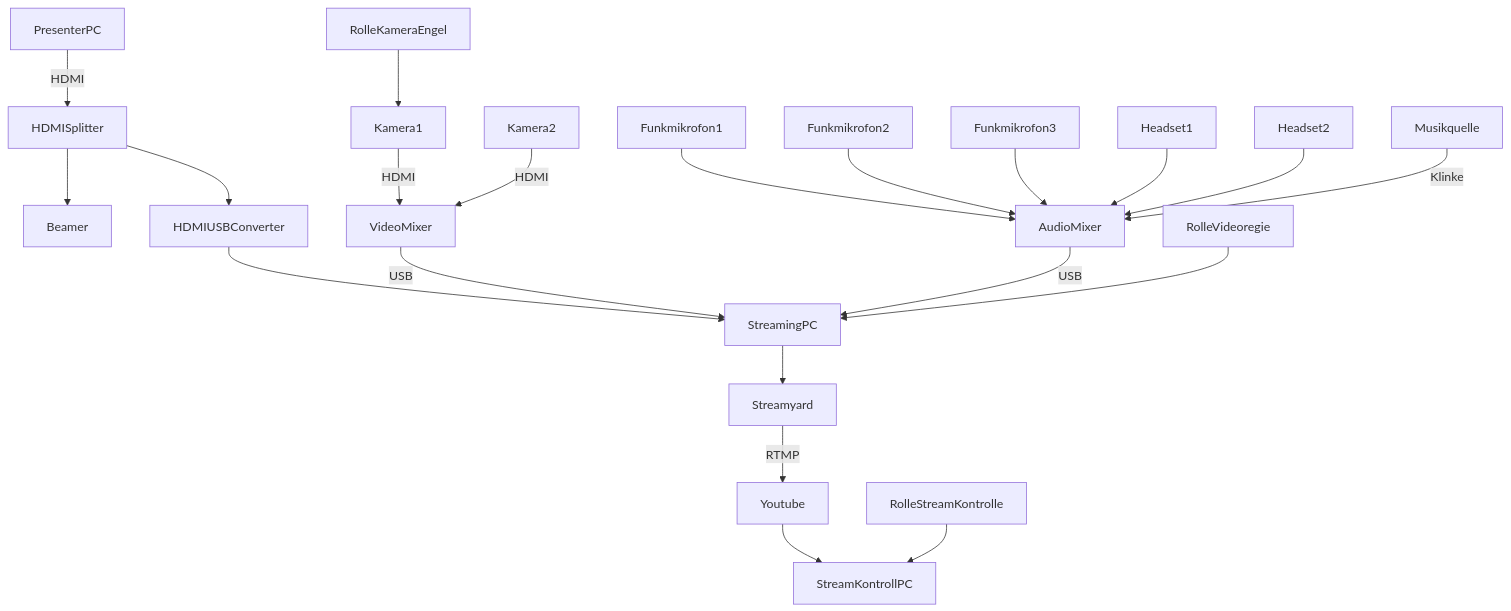
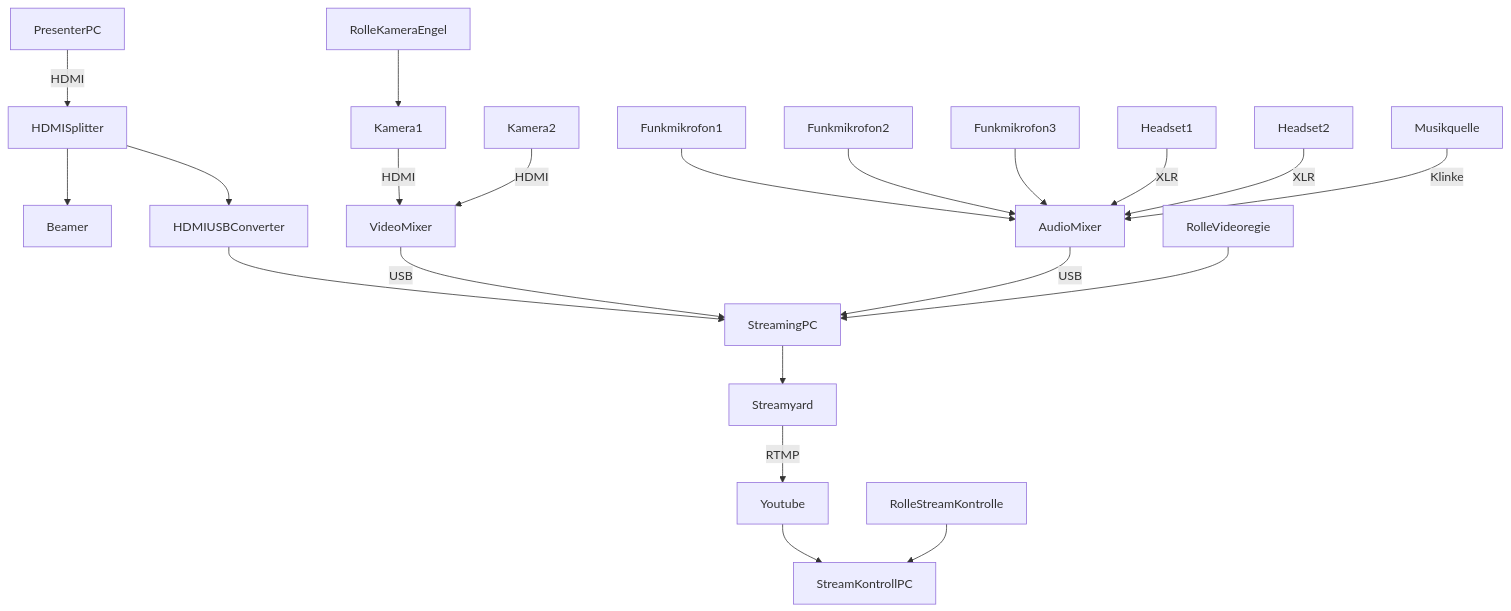
Before and after one commit to cogneon/digital-asset-pool: the first of 2 diagrams in loscon22/Readme.md, drawn with Mermaid.

````diff
--- a/loscon22/Readme.md
+++ b/loscon22/Readme.md
@@ -18,23 +18,23 @@
 ```mermaid
   graph TD;
       PresenterPC-->|HDMI|HDMISplitter;
       HDMISplitter-->Beamer;
       HDMISplitter-->HDMIUSBConverter;
       HDMIUSBConverter-->StreamingPC;
       Funkmikrofon1-->AudioMixer;
       Funkmikrofon2-->AudioMixer;
       Funkmikrofon3-->AudioMixer;
-      Headset1-->AudioMixer;
-      Headset2-->AudioMixer;
+      Headset1-->|XLR|AudioMixer;
+      Headset2-->|XLR|AudioMixer;
       Musikquelle-->|Klinke|AudioMixer;
       Kamera1-->|HDMI|VideoMixer;
       RolleKameraEngel-->Kamera1;
       Kamera2-->|HDMI|VideoMixer;
       VideoMixer-->|USB|StreamingPC;
       AudioMixer-->|USB|StreamingPC;
       StreamingPC-->Streamyard;
       Streamyard-->|RTMP|Youtube;
       Youtube-->StreamKontrollPC;
       RolleVideoregie-->StreamingPC;
       RolleStreamKontrolle-->StreamKontrollPC;
 ```
````
